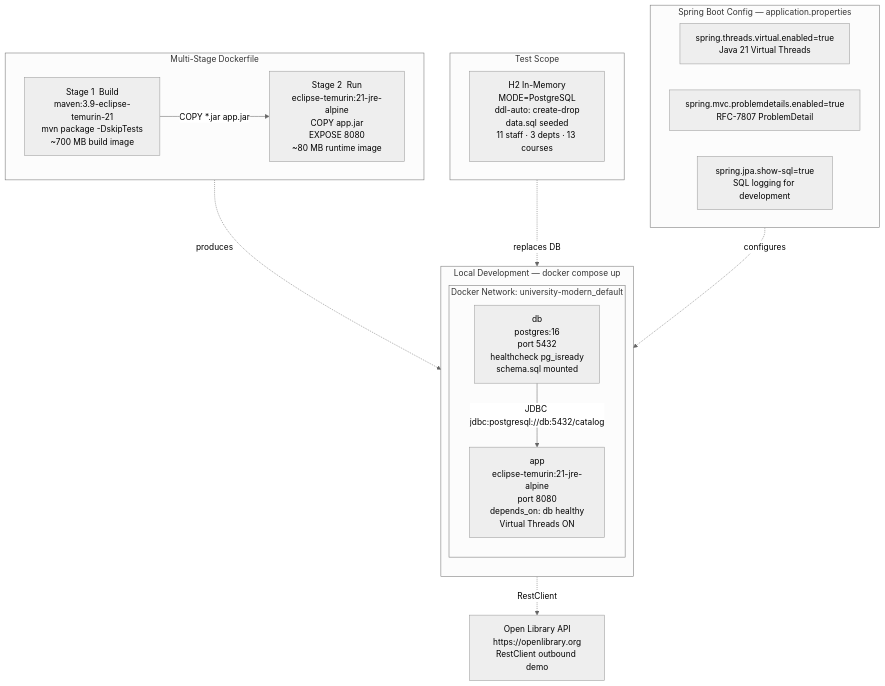
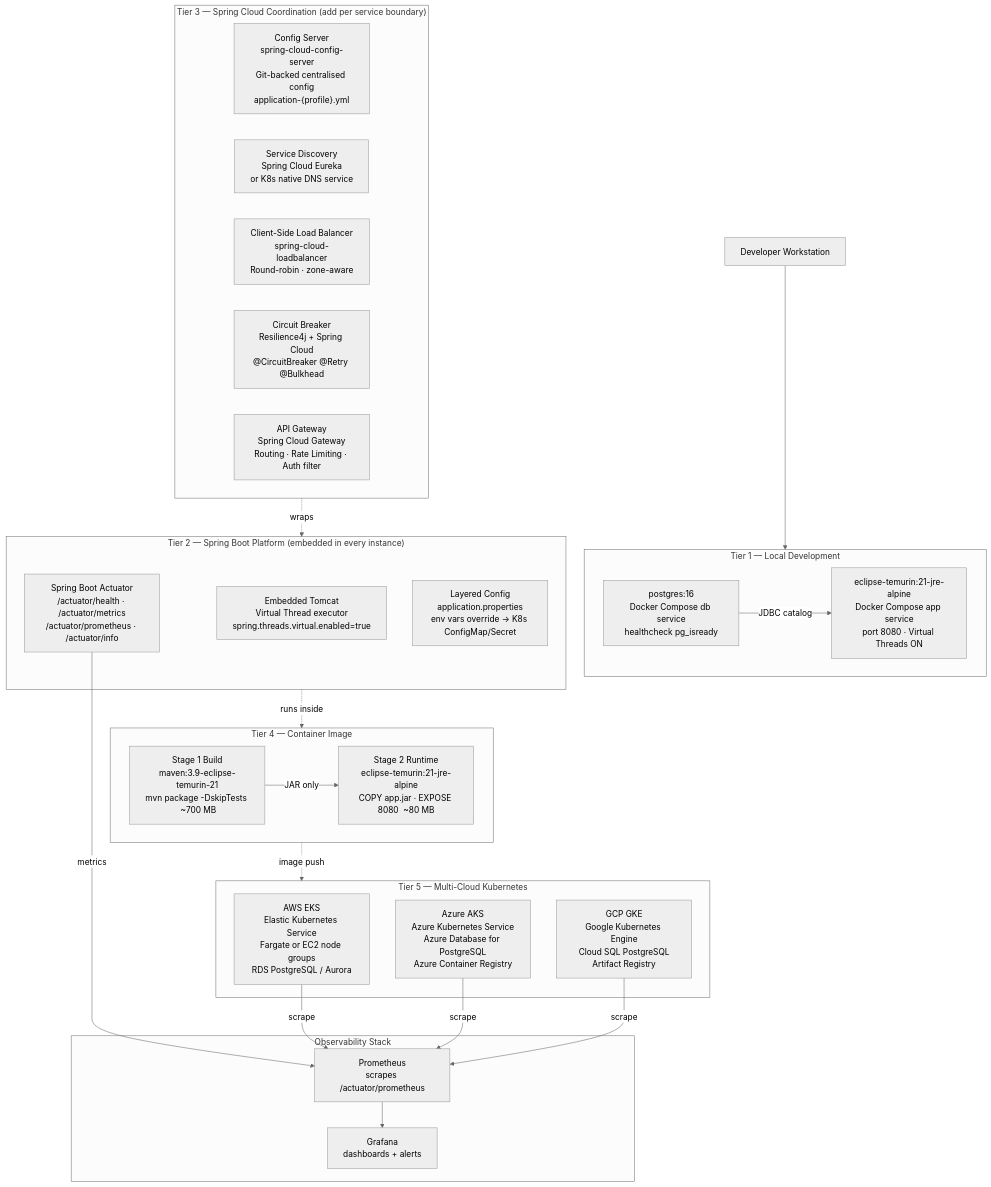
Before and after one commit to calvinlee999/Java_Spring_Microservice: the ninth of 10 diagrams in ARCHITECTURE.md, drawn with Mermaid (neutral theme). The commit also changed other lines of this file, not shown here.

Commit message:
docs: Add 4.0 Bootstrap + enhance 4.5 Spring Boot/Cloud/K8s multi-cloud + 4.6 test pyramid

````diff
--- a/ARCHITECTURE.md
+++ b/ARCHITECTURE.md
@@ -548,34 +639,49 @@
 ```mermaid
 flowchart TB
-    subgraph LOCAL["Local Development — docker compose up"]
-        direction TB
-        subgraph NET["Docker Network: university-modern_default"]
-            DB["db\npostgres:16\nport 5432\nhealthcheck pg_isready\nschema.sql mounted"]
-            APP["app\neclipse-temurin:21-jre-alpine\nport 8080\ndepends_on: db healthy\nVirtual Threads ON"]
-        end
-        DB -->|JDBC jdbc:postgresql://db:5432/catalog| APP
+    DEV["Developer Workstation"]
+
+    subgraph LOCAL["Tier 1 — Local Development"]
+        DC_DB["postgres:16\nDocker Compose db service\nhealthcheck pg_isready"]
+        DC_APP["eclipse-temurin:21-jre-alpine\nDocker Compose app service\nport 8080 · Virtual Threads ON"]
+        DC_DB -->|JDBC catalog| DC_APP
     end
 
-    subgraph BUILD["Multi-Stage Dockerfile"]
-        B1["Stage 1  Build\nmaven:3.9-eclipse-temurin-21\nmvn package -DskipTests\n~700 MB build image"]
-        B2["Stage 2  Run\neclipse-temurin:21-jre-alpine\nCOPY app.jar\nEXPOSE 8080\n~80 MB runtime image"]
-        B1 -->|COPY *.jar app.jar| B2
+    subgraph SB_PLATFORM["Tier 2 — Spring Boot Platform (embedded in every instance)"]
+        TOMCAT["Embedded Tomcat\nVirtual Thread executor\nspring.threads.virtual.enabled=true"]
+        ACTUATOR["Spring Boot Actuator\n/actuator/health · /actuator/metrics\n/actuator/prometheus · /actuator/info"]
+        PROPS["Layered Config\napplication.properties\nenv vars override → K8s ConfigMap/Secret"]
     end
 
-    subgraph TEST["Test Scope"]
-        H2["H2 In-Memory\nMODE=PostgreSQL\nddl-auto: create-drop\ndata.sql seeded\n11 staff · 3 depts · 13 courses"]
+    subgraph CLOUD["Tier 3 — Spring Cloud Coordination (add per service boundary)"]
+        CFG_SRV["Config Server\nspring-cloud-config-server\nGit-backed centralised config\napplication-{profile}.yml"]
+        DISC["Service Discovery\nSpring Cloud Eureka\nor K8s native DNS service"]
+        LB["Client-Side Load Balancer\nspring-cloud-loadbalancer\nRound-robin · zone-aware"]
+        CB["Circuit Breaker\nResilience4j + Spring Cloud\n@CircuitBreaker @Retry @Bulkhead"]
+        GW["API Gateway\nSpring Cloud Gateway\nRouting · Rate Limiting · Auth filter"]
     end
 
-    subgraph CFG["Spring Boot Config — application.properties"]
-        P1["spring.threads.virtual.enabled=true\nJava 21 Virtual Threads"]
-        P2["spring.mvc.problemdetails.enabled=true\nRFC-7807 ProblemDetail"]
-        P3["spring.jpa.show-sql=true\nSQL logging for development"]
+    subgraph CONTAINER["Tier 4 — Container Image"]
+        B1["Stage 1 Build\nmaven:3.9-eclipse-temurin-21\nmvn package -DskipTests  ~700 MB"]
+        B2["Stage 2 Runtime\neclipse-temurin:21-jre-alpine\nCOPY app.jar · EXPOSE 8080  ~80 MB"]
+        B1 -->|JAR only| B2
     end
 
-    EXT["Open Library API\nhttps://openlibrary.org\nRestClient outbound demo"]
+    subgraph K8S["Tier 5 — Multi-Cloud Kubernetes"]
+        EKS["AWS EKS\nElastic Kubernetes Service\nFargate or EC2 node groups\nRDS PostgreSQL / Aurora"]
+        AKS["Azure AKS\nAzure Kubernetes Service\nAzure Database for PostgreSQL\nAzure Container Registry"]
+        GKE["GCP GKE\nGoogle Kubernetes Engine\nCloud SQL PostgreSQL\nArtifact Registry"]
+    end
 
-    BUILD -.produces.-> APP
-    APP -.RestClient.-> EXT
-    TEST -.replaces DB.-> DB
-    CFG -.configures.-> APP
+    subgraph OBS["Observability Stack"]
+        PROM["Prometheus\nscrapes /actuator/prometheus"]
+        GRAF["Grafana\ndashboards + alerts"]
+        PROM --> GRAF
+    end
+
+    DEV --> LOCAL
+    CONTAINER -.image push.-> K8S
+    SB_PLATFORM -.runs inside.-> CONTAINER
+    CLOUD -.wraps.-> SB_PLATFORM
+    ACTUATOR -->|metrics| PROM
+    EKS & AKS & GKE -->|scrape| PROM
 ```
````
